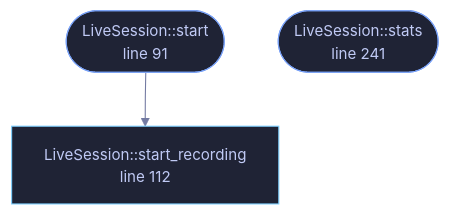
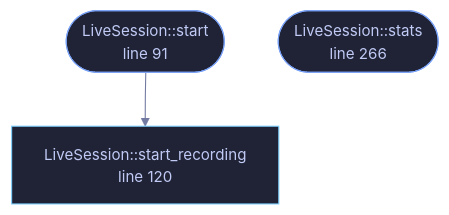
Before and after one commit to tilas01/veilvoice: the diagram in wiki/File-veilvoice-audio-live.md, drawn with Mermaid. The commit also changed other lines of this file and 47 other files, not shown here.

````diff
--- a/wiki/File-veilvoice-audio-live.md
+++ b/wiki/File-veilvoice-audio-live.md
@@ -85,15 +85,15 @@
 ```mermaid
 %%{init: {"theme":"base","themeVariables":{"background":"#1a1b26","primaryColor":"#1f2335","primaryTextColor":"#c0caf5","primaryBorderColor":"#7aa2f7","secondaryColor":"#16161e","tertiaryColor":"#16161e","lineColor":"#737aa2","textColor":"#c0caf5","mainBkg":"#1f2335","nodeBorder":"#7aa2f7","clusterBkg":"#16161e","clusterBorder":"#2f3549","fontFamily":"ui-monospace, SFMono-Regular, Consolas, monospace","fontSize":"14px"}}}%%
 flowchart TD
     n_start(["LiveSession::start<br/>line 91"])
-    n_start_recording["LiveSession::start_recording<br/>line 112"]
-    n_stats(["LiveSession::stats<br/>line 241"])
+    n_start_recording["LiveSession::start_recording<br/>line 120"]
+    n_stats(["LiveSession::stats<br/>line 266"])
     n_start --> n_start_recording
     click n_start href "https://github.com/tilas01/veilvoice/blob/main/crates/veilvoice-audio/src/live.rs#L91" "open the source"
-    click n_start_recording href "https://github.com/tilas01/veilvoice/blob/main/crates/veilvoice-audio/src/live.rs#L112" "open the source"
-    click n_stats href "https://github.com/tilas01/veilvoice/blob/main/crates/veilvoice-audio/src/live.rs#L241" "open the source"
+    click n_start_recording href "https://github.com/tilas01/veilvoice/blob/main/crates/veilvoice-audio/src/live.rs#L120" "open the source"
+    click n_stats href "https://github.com/tilas01/veilvoice/blob/main/crates/veilvoice-audio/src/live.rs#L266" "open the source"
     classDef entry fill:#1f2335,stroke:#7aa2f7,color:#c0caf5
     class n_start,n_stats entry
     classDef api fill:#1f2335,stroke:#7dcfff,color:#c0caf5
     class n_start_recording api
 ```
````
